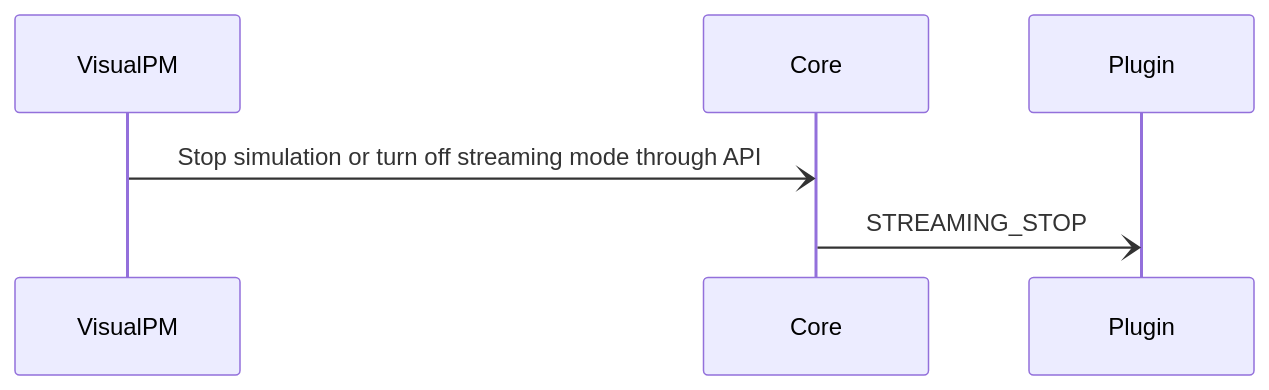
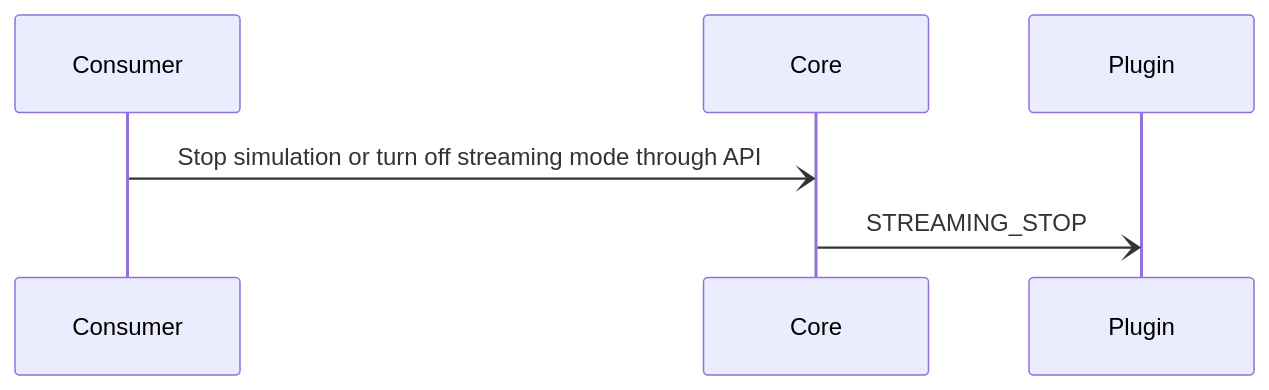
Before and after one commit to prcore/docs: the third of 3 diagrams in content/development/plugin-system/communication/prescribing-workflow/prescribe-stream.md, drawn with Mermaid. The commit also changed other lines of this file and 2 other files, not shown here.

Commit message:
Site updated K 08 märts 2023 08:28:14 EET ...

```diff
--- a/content/development/plugin-system/communication/prescribing-workflow/prescribe-stream.md
+++ b/content/development/plugin-system/communication/prescribing-workflow/prescribe-stream.md
@@ -123,5 +123,5 @@
 {{< mermaid class="text-center" >}}
 sequenceDiagram
-    VisualPM-)Core: Stop simulation or turn off streaming mode through API
+    Consumer-)Core: Stop simulation or turn off streaming mode through API
     Core-)Plugin: STREAMING_STOP
 {{< /mermaid >}}
```
